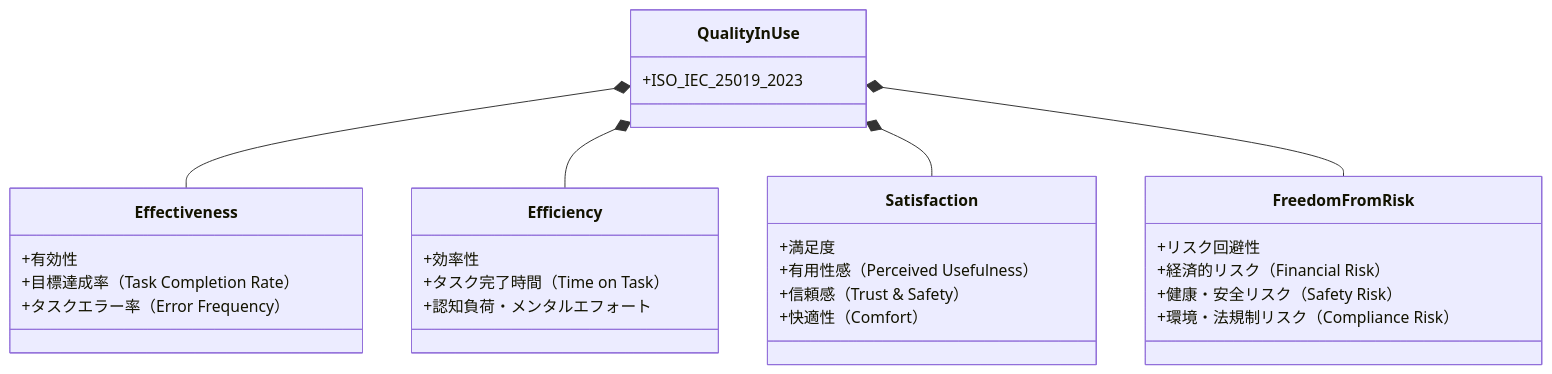
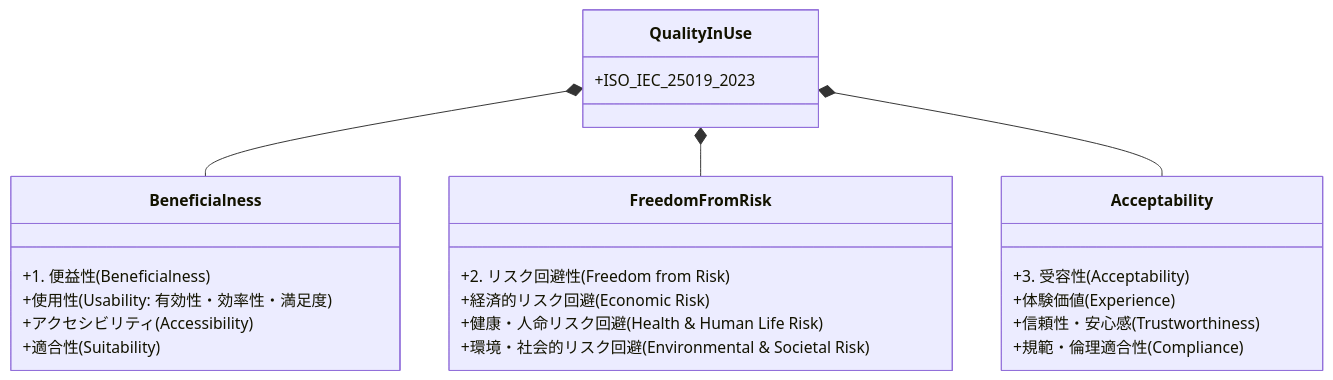
One commit to AnaharaYasuo/product-quality-management-book changed the second of 4 diagrams in manuscript/25_chapter25.md. Above: the diagram before and after it, drawn with Mermaid. The commit also changed other lines of this file and 11 other files, not shown here.

````diff
--- a/manuscript/25_chapter25.md
+++ b/manuscript/25_chapter25.md
@@ -75,33 +77,28 @@
 ```mermaid
 classDiagram
     class QualityInUse {
         +ISO_IEC_25019_2023
     }
-    class Effectiveness {
-        +有効性
-        +目標達成率（Task Completion Rate）
-        +タスクエラー率（Error Frequency）
-    }
-    class Efficiency {
-        +効率性
-        +タスク完了時間（Time on Task）
-        +認知負荷・メンタルエフォート
-    }
-    class Satisfaction {
-        +満足度
-        +有用性感（Perceived Usefulness）
-        +信頼感（Trust & Safety）
-        +快適性（Comfort）
+    class Beneficialness {
+        +1. 便益性 (Beneficialness)
+        +使用性 (Usability: 有効性・効率性・満足度)
+        +アクセシビリティ (Accessibility)
+        +適合性 (Suitability)
     }
     class FreedomFromRisk {
-        +リスク回避性
-        +経済的リスク（Financial Risk）
-        +健康・安全リスク（Safety Risk）
-        +環境・法規制リスク（Compliance Risk）
+        +2. リスク回避性 (Freedom from Risk)
+        +経済的リスク回避 (Economic Risk)
+        +健康・人命リスク回避 (Health & Human Life Risk)
+        +環境・社会的リスク回避 (Environmental & Societal Risk)
+    }
+    class Acceptability {
+        +3. 受容性 (Acceptability)
+        +体験価値 (Experience)
+        +信頼性・安心感 (Trustworthiness)
+        +規範・倫理適合性 (Compliance)
     }
 
-    QualityInUse *-- Effectiveness
-    QualityInUse *-- Efficiency
-    QualityInUse *-- Satisfaction
+    QualityInUse *-- Beneficialness
     QualityInUse *-- FreedomFromRisk
+    QualityInUse *-- Acceptability
 ```
````
